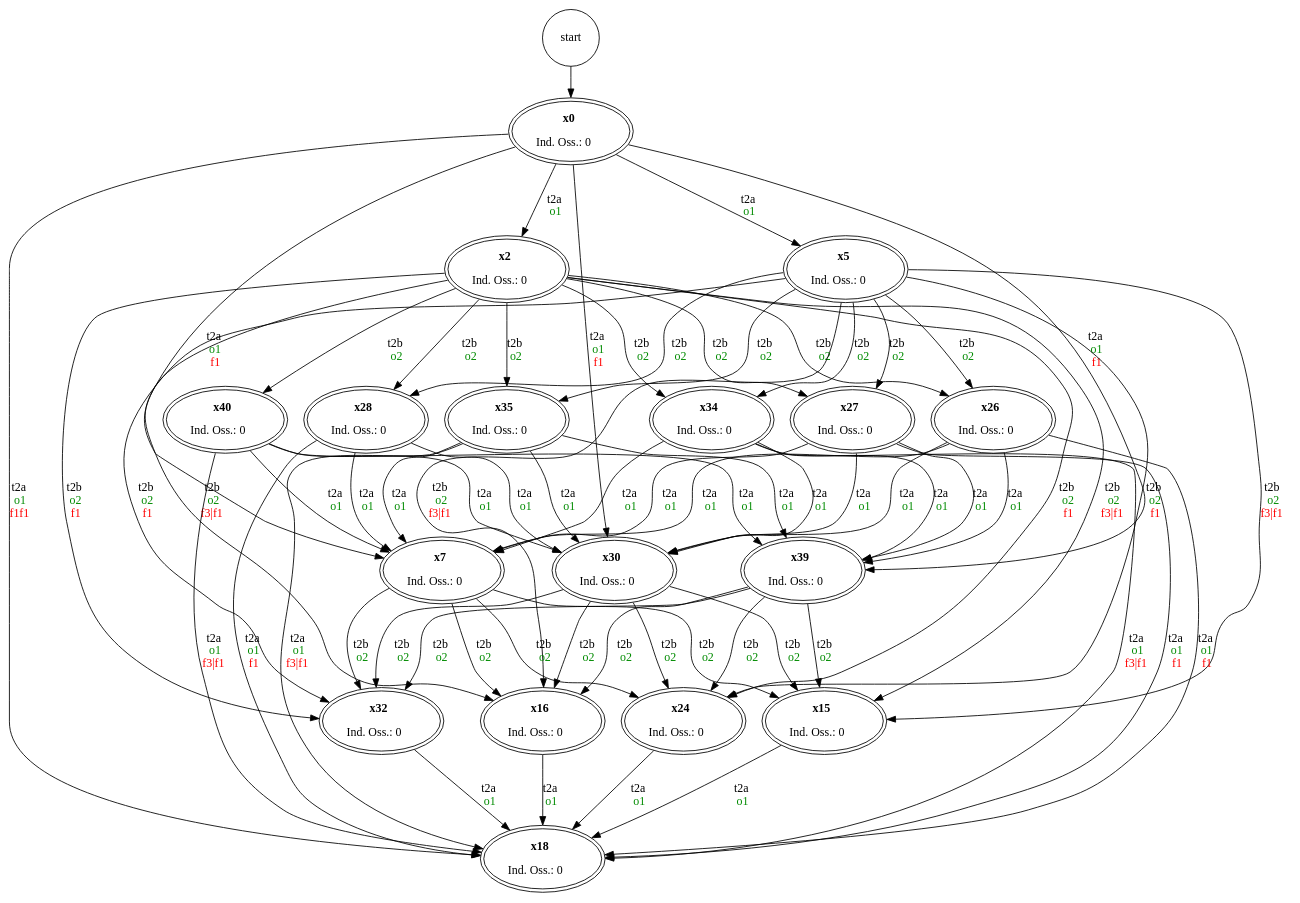
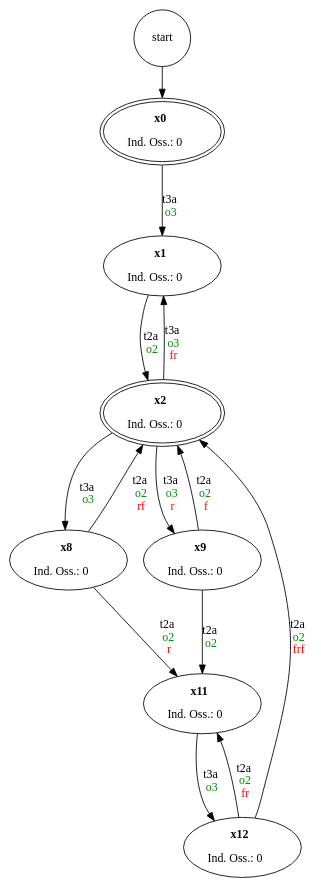
The diagram in outputs/000_D.gv (frashpikass/diagnosiRegex), drawn with Graphviz before and after one commit. The commit also changed 87 other files, not shown here.

```diff
--- a/outputs/000_D.gv
+++ b/outputs/000_D.gv
@@ -1,88 +1,26 @@
 digraph SpazioComportamentale {
     // ARCHI
     start	->	nx0
-	nx0	->	nx2 [label=<<br/>t2a<br/><font color="green4">o1</font>>]
-	nx0	->	nx5 [label=<<br/>t2a<br/><font color="green4">o1</font>>]
-	nx0	->	nx7 [label=<<br/>t2a<br/><font color="green4">o1</font><br/><font color="red">f1</font>>]
-	nx0	->	nx30 [label=<<br/>t2a<br/><font color="green4">o1</font><br/><font color="red">f1</font>>]
-	nx0	->	nx18 [label=<<br/>t2a<br/><font color="green4">o1</font><br/><font color="red">f1f1</font>>]
-	nx0	->	nx39 [label=<<br/>t2a<br/><font color="green4">o1</font><br/><font color="red">f1</font>>]
-	nx2	->	nx15 [label=<<br/>t2b<br/><font color="green4">o2</font><br/><font color="red">f3|f1</font>>]
-	nx2	->	nx16 [label=<<br/>t2b<br/><font color="green4">o2</font><br/><font color="red">f3|f1</font>>]
-	nx2	->	nx24 [label=<<br/>t2b<br/><font color="green4">o2</font><br/><font color="red">f1</font>>]
-	nx2	->	nx26 [label=<<br/>t2b<br/><font color="green4">o2</font>>]
-	nx2	->	nx27 [label=<<br/>t2b<br/><font color="green4">o2</font>>]
-	nx2	->	nx28 [label=<<br/>t2b<br/><font color="green4">o2</font>>]
-	nx2	->	nx32 [label=<<br/>t2b<br/><font color="green4">o2</font><br/><font color="red">f1</font>>]
-	nx2	->	nx34 [label=<<br/>t2b<br/><font color="green4">o2</font>>]
-	nx2	->	nx35 [label=<<br/>t2b<br/><font color="green4">o2</font>>]
-	nx2	->	nx40 [label=<<br/>t2b<br/><font color="green4">o2</font>>]
-	nx39	->	nx15 [label=<<br/>t2b<br/><font color="green4">o2</font>>]
-	nx39	->	nx16 [label=<<br/>t2b<br/><font color="green4">o2</font>>]
-	nx39	->	nx24 [label=<<br/>t2b<br/><font color="green4">o2</font>>]
-	nx39	->	nx32 [label=<<br/>t2b<br/><font color="green4">o2</font>>]
-	nx5	->	nx15 [label=<<br/>t2b<br/><font color="green4">o2</font><br/><font color="red">f3|f1</font>>]
-	nx5	->	nx16 [label=<<br/>t2b<br/><font color="green4">o2</font><br/><font color="red">f3|f1</font>>]
-	nx5	->	nx24 [label=<<br/>t2b<br/><font color="green4">o2</font><br/><font color="red">f1</font>>]
-	nx5	->	nx26 [label=<<br/>t2b<br/><font color="green4">o2</font>>]
-	nx5	->	nx27 [label=<<br/>t2b<br/><font color="green4">o2</font>>]
-	nx5	->	nx28 [label=<<br/>t2b<br/><font color="green4">o2</font>>]
-	nx5	->	nx32 [label=<<br/>t2b<br/><font color="green4">o2</font><br/><font color="red">f1</font>>]
-	nx5	->	nx34 [label=<<br/>t2b<br/><font color="green4">o2</font>>]
-	nx5	->	nx35 [label=<<br/>t2b<br/><font color="green4">o2</font>>]
-	nx7	->	nx15 [label=<<br/>t2b<br/><font color="green4">o2</font>>]
-	nx7	->	nx16 [label=<<br/>t2b<br/><font color="green4">o2</font>>]
-	nx7	->	nx24 [label=<<br/>t2b<br/><font color="green4">o2</font>>]
-	nx7	->	nx32 [label=<<br/>t2b<br/><font color="green4">o2</font>>]
-	nx34	->	nx18 [label=<<br/>t2a<br/><font color="green4">o1</font><br/><font color="red">f3|f1</font>>]
-	nx34	->	nx7 [label=<<br/>t2a<br/><font color="green4">o1</font>>]
-	nx34	->	nx30 [label=<<br/>t2a<br/><font color="green4">o1</font>>]
-	nx34	->	nx39 [label=<<br/>t2a<br/><font color="green4">o1</font>>]
-	nx15	->	nx18 [label=<<br/>t2a<br/><font color="green4">o1</font>>]
-	nx16	->	nx18 [label=<<br/>t2a<br/><font color="green4">o1</font>>]
-	nx26	->	nx18 [label=<<br/>t2a<br/><font color="green4">o1</font><br/><font color="red">f1</font>>]
-	nx26	->	nx7 [label=<<br/>t2a<br/><font color="green4">o1</font>>]
-	nx26	->	nx30 [label=<<br/>t2a<br/><font color="green4">o1</font>>]
-	nx26	->	nx39 [label=<<br/>t2a<br/><font color="green4">o1</font>>]
-	nx24	->	nx18 [label=<<br/>t2a<br/><font color="green4">o1</font>>]
-	nx27	->	nx18 [label=<<br/>t2a<br/><font color="green4">o1</font><br/><font color="red">f1</font>>]
-	nx27	->	nx7 [label=<<br/>t2a<br/><font color="green4">o1</font>>]
-	nx27	->	nx30 [label=<<br/>t2a<br/><font color="green4">o1</font>>]
-	nx27	->	nx39 [label=<<br/>t2a<br/><font color="green4">o1</font>>]
-	nx28	->	nx18 [label=<<br/>t2a<br/><font color="green4">o1</font><br/><font color="red">f1</font>>]
-	nx28	->	nx7 [label=<<br/>t2a<br/><font color="green4">o1</font>>]
-	nx28	->	nx30 [label=<<br/>t2a<br/><font color="green4">o1</font>>]
-	nx32	->	nx18 [label=<<br/>t2a<br/><font color="green4">o1</font>>]
-	nx35	->	nx18 [label=<<br/>t2a<br/><font color="green4">o1</font><br/><font color="red">f3|f1</font>>]
-	nx35	->	nx7 [label=<<br/>t2a<br/><font color="green4">o1</font>>]
-	nx35	->	nx30 [label=<<br/>t2a<br/><font color="green4">o1</font>>]
-	nx35	->	nx39 [label=<<br/>t2a<br/><font color="green4">o1</font>>]
-	nx30	->	nx15 [label=<<br/>t2b<br/><font color="green4">o2</font>>]
-	nx30	->	nx16 [label=<<br/>t2b<br/><font color="green4">o2</font>>]
-	nx30	->	nx24 [label=<<br/>t2b<br/><font color="green4">o2</font>>]
-	nx30	->	nx32 [label=<<br/>t2b<br/><font color="green4">o2</font>>]
-	nx40	->	nx18 [label=<<br/>t2a<br/><font color="green4">o1</font><br/><font color="red">f3|f1</font>>]
-	nx40	->	nx7 [label=<<br/>t2a<br/><font color="green4">o1</font>>]
-	nx40	->	nx30 [label=<<br/>t2a<br/><font color="green4">o1</font>>]
-	nx40	->	nx39 [label=<<br/>t2a<br/><font color="green4">o1</font>>]
+	nx0	->	nx1 [label=<<br/>t3a<br/><font color="green4">o3</font>>]
+	nx1	->	nx2 [label=<<br/>t2a<br/><font color="green4">o2</font>>]
+	nx2	->	nx1 [label=<<br/>t3a<br/><font color="green4">o3</font><br/><font color="red">fr</font>>]
+	nx2	->	nx8 [label=<<br/>t3a<br/><font color="green4">o3</font>>]
+	nx2	->	nx9 [label=<<br/>t3a<br/><font color="green4">o3</font><br/><font color="red">r</font>>]
+	nx8	->	nx2 [label=<<br/>t2a<br/><font color="green4">o2</font><br/><font color="red">rf</font>>]
+	nx8	->	nx11 [label=<<br/>t2a<br/><font color="green4">o2</font><br/><font color="red">r</font>>]
+	nx9	->	nx2 [label=<<br/>t2a<br/><font color="green4">o2</font><br/><font color="red">f</font>>]
+	nx9	->	nx11 [label=<<br/>t2a<br/><font color="green4">o2</font>>]
+	nx11	->	nx12 [label=<<br/>t3a<br/><font color="green4">o3</font>>]
+	nx12	->	nx2 [label=<<br/>t2a<br/><font color="green4">o2</font><br/><font color="red">frf</font>>]
+	nx12	->	nx11 [label=<<br/>t2a<br/><font color="green4">o2</font><br/><font color="red">fr</font>>]
 
     // NODI
     start[shape="circle"]
 	nx0 [label=<<b>x0</b><br/> <br/>Ind. Oss.: 0> peripheries=2]
+	nx1 [label=<<b>x1</b><br/> <br/>Ind. Oss.: 0>]
 	nx2 [label=<<b>x2</b><br/> <br/>Ind. Oss.: 0> peripheries=2]
-	nx39 [label=<<b>x39</b><br/> <br/>Ind. Oss.: 0> peripheries=2]
-	nx5 [label=<<b>x5</b><br/> <br/>Ind. Oss.: 0> peripheries=2]
-	nx7 [label=<<b>x7</b><br/> <br/>Ind. Oss.: 0> peripheries=2]
-	nx34 [label=<<b>x34</b><br/> <br/>Ind. Oss.: 0> peripheries=2]
-	nx15 [label=<<b>x15</b><br/> <br/>Ind. Oss.: 0> peripheries=2]
-	nx16 [label=<<b>x16</b><br/> <br/>Ind. Oss.: 0> peripheries=2]
-	nx18 [label=<<b>x18</b><br/> <br/>Ind. Oss.: 0> peripheries=2]
-	nx26 [label=<<b>x26</b><br/> <br/>Ind. Oss.: 0> peripheries=2]
-	nx24 [label=<<b>x24</b><br/> <br/>Ind. Oss.: 0> peripheries=2]
-	nx27 [label=<<b>x27</b><br/> <br/>Ind. Oss.: 0> peripheries=2]
-	nx28 [label=<<b>x28</b><br/> <br/>Ind. Oss.: 0> peripheries=2]
-	nx32 [label=<<b>x32</b><br/> <br/>Ind. Oss.: 0> peripheries=2]
-	nx35 [label=<<b>x35</b><br/> <br/>Ind. Oss.: 0> peripheries=2]
-	nx30 [label=<<b>x30</b><br/> <br/>Ind. Oss.: 0> peripheries=2]
-	nx40 [label=<<b>x40</b><br/> <br/>Ind. Oss.: 0> peripheries=2]
+	nx8 [label=<<b>x8</b><br/> <br/>Ind. Oss.: 0>]
+	nx9 [label=<<b>x9</b><br/> <br/>Ind. Oss.: 0>]
+	nx11 [label=<<b>x11</b><br/> <br/>Ind. Oss.: 0>]
+	nx12 [label=<<b>x12</b><br/> <br/>Ind. Oss.: 0>]
 }
```
